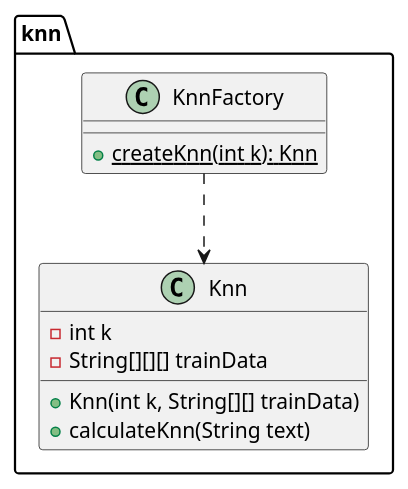
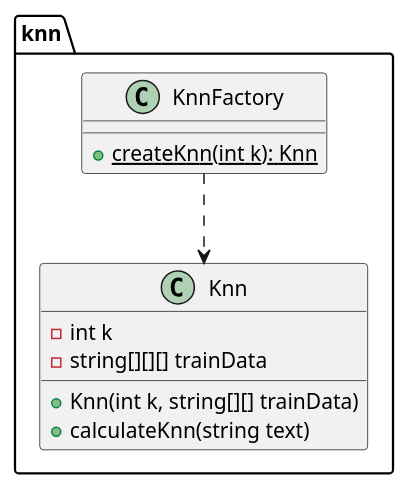
One commit to kambed/Computer-Recognition-Systems changed the seventh of 10 diagrams in README.md. Above: the diagram before and after it, drawn with PlantUML. The commit also changed other lines of this file, not shown here.

````diff
--- a/README.md
+++ b/README.md
@@ -309,14 +309,14 @@
 ```plantuml
 package knn {
     class Knn {
         - int k
-        - String[][][] trainData
-        + Knn(int k, String[][] trainData)
-        + calculateKnn(String text)
+        - string[][][] trainData
+        + Knn(int k, string[][] trainData)
+        + calculateKnn(string text)
     }
     class KnnFactory {
         + {static} createKnn(int k): Knn
     }
    KnnFactory ..> Knn
 }
 ```
````
